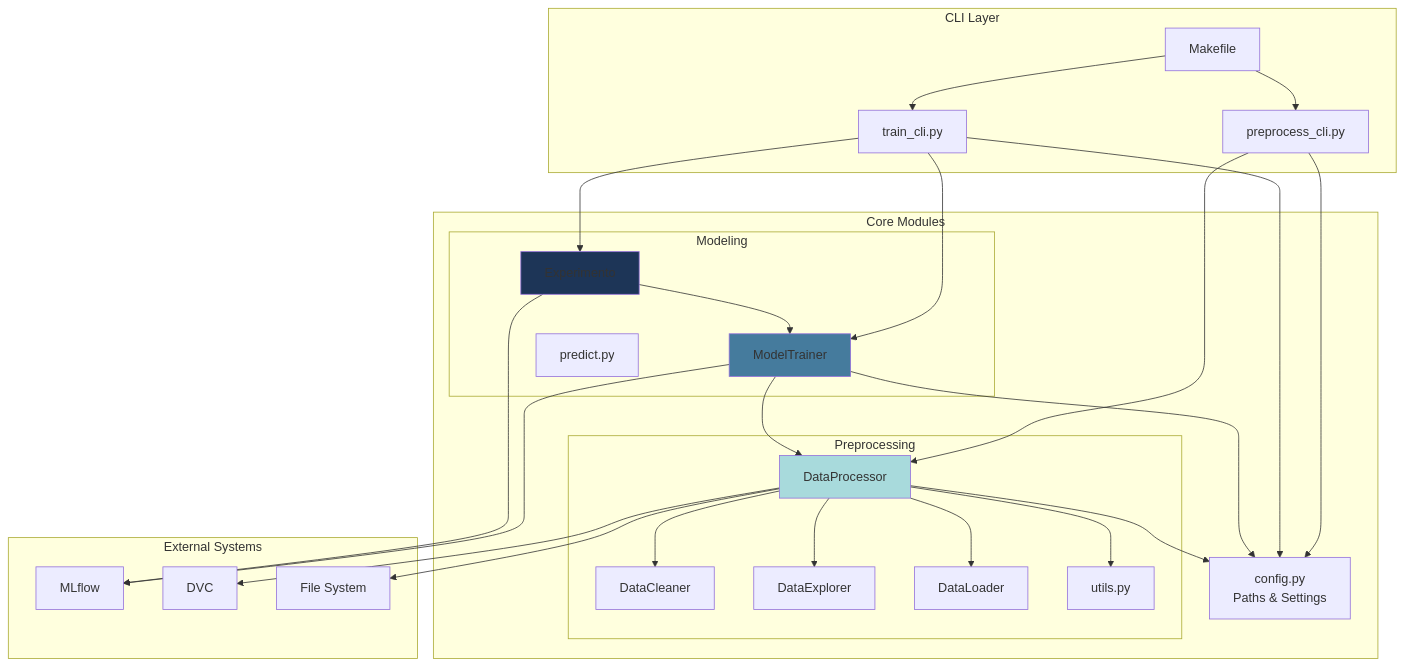
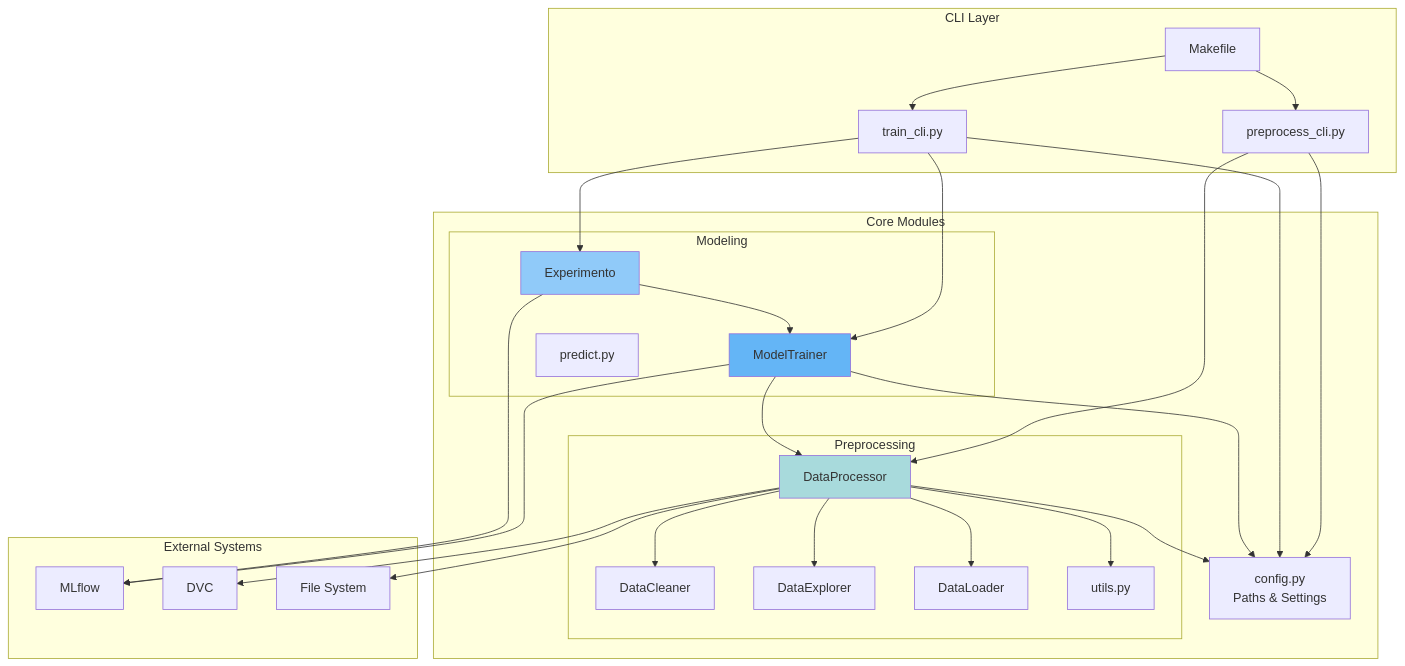
Before and after one commit to ArtemioPadilla/mlops-project: the first of 3 diagrams in docs/architecture/components.md, drawn with Mermaid. The commit also changed 9 other files, not shown here.

Commit message:
fix: Update repository URLs in documentation and improve Mermaid theme colors for better readability

````diff
--- a/docs/architecture/components.md
+++ b/docs/architecture/components.md
@@ -7,60 +7,60 @@
 ```mermaid
 graph TB
     subgraph "CLI Layer"
         Make[Makefile]
         PreCLI[preprocess_cli.py]
         TrainCLI[train_cli.py]
     end
 
     subgraph "Core Modules"
         Config[config.py<br/>Paths & Settings]
 
         subgraph Preprocessing
             DP[DataProcessor]
             DC[DataCleaner]
             DE[DataExplorer]
             DL[DataLoader]
             Utils[utils.py]
         end
 
         subgraph Modeling
             MT[ModelTrainer]
             Exp[Experimento]
             Pred[predict.py]
         end
     end
 
     subgraph "External Systems"
         MLF[MLflow]
         DVC[DVC]
         FS[File System]
     end
 
     Make --> PreCLI
     Make --> TrainCLI
 
     PreCLI --> DP
     DP --> DC
     DP --> DL
     DP --> Utils
     DP --> DE
 
     TrainCLI --> MT
     TrainCLI --> Exp
     Exp --> MT
     MT --> DP
 
     PreCLI --> Config
     TrainCLI --> Config
     DP --> Config
     MT --> Config
 
     DP --> FS
     MT --> MLF
     Exp --> MLF
     DP --> DVC
 
     style DP fill:#a8dadc
-    style MT fill:#457b9d
-    style Exp fill:#1d3557
+    style MT fill:#64b5f6
+    style Exp fill:#90caf9
 ```
````
